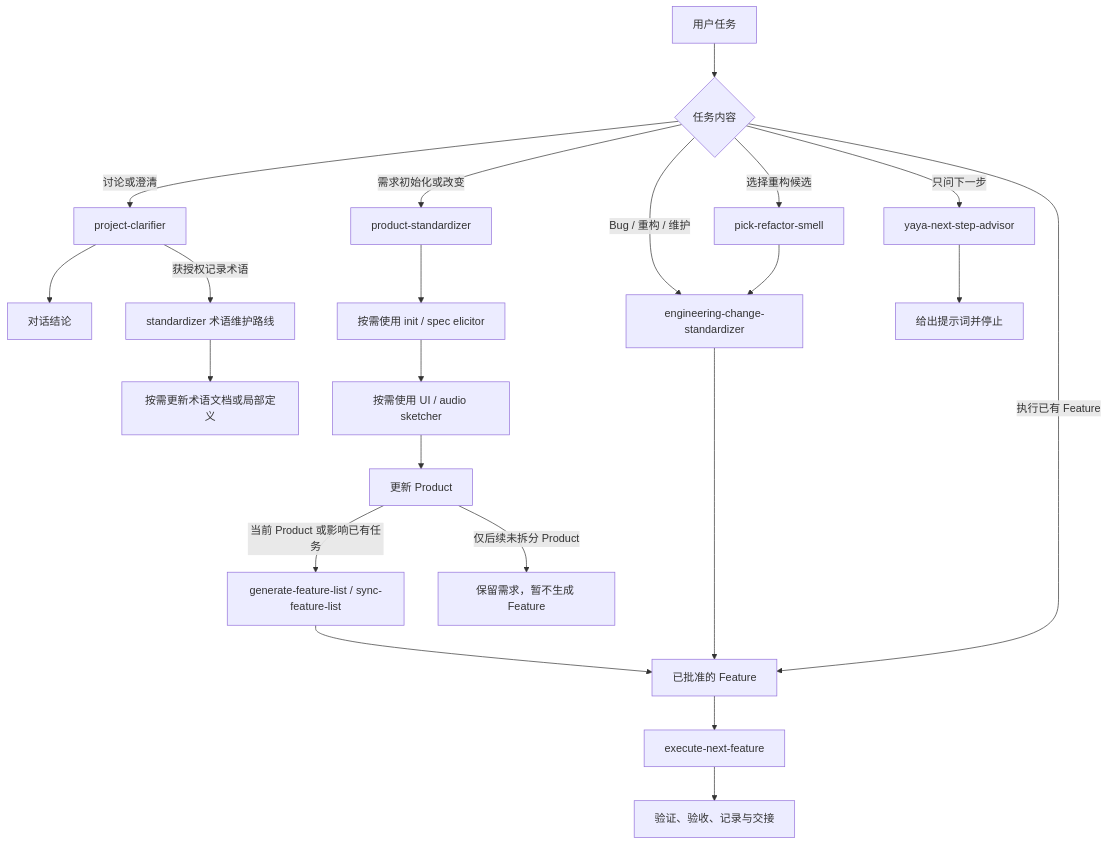
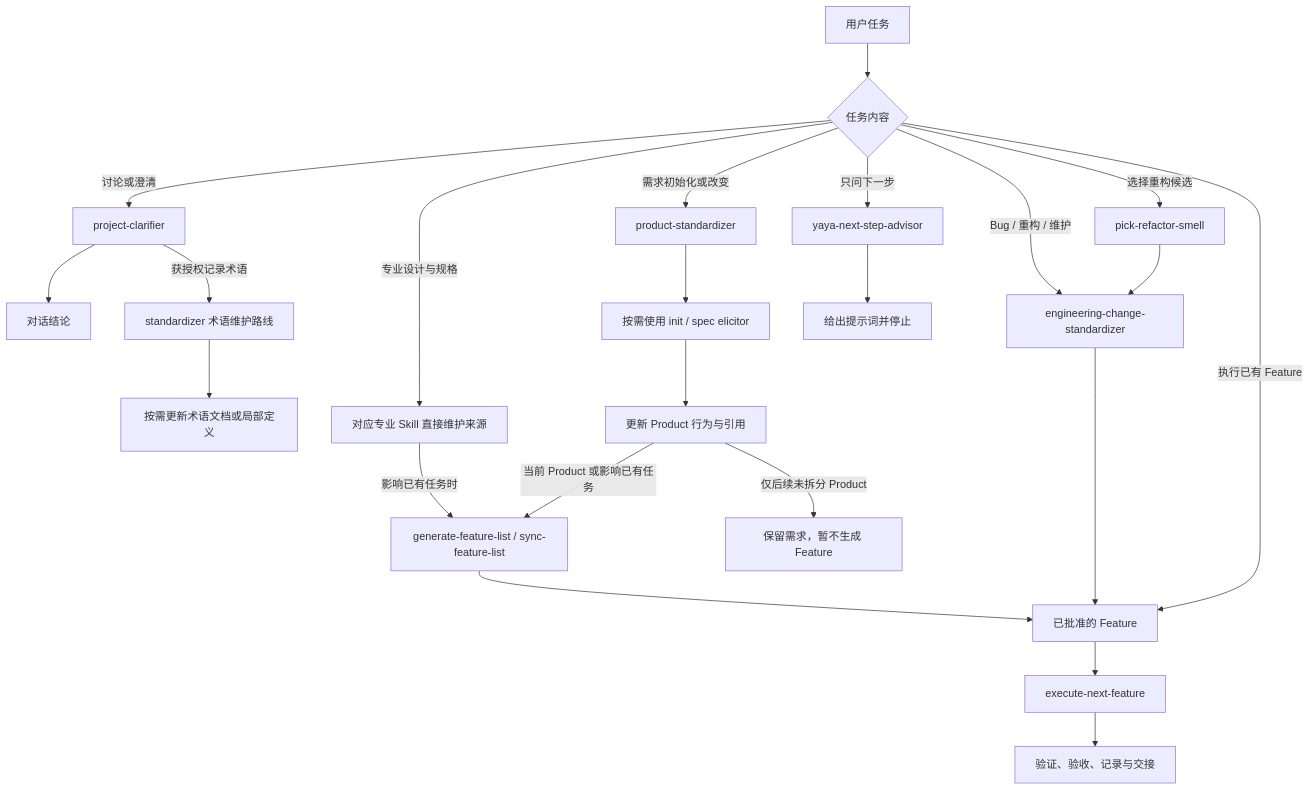
Before and after one commit to yxy823/Game_idle_yaya_frame: the first of 2 diagrams in project-source/Project_README.md, drawn with Mermaid. The commit also changed other lines of this file and 57 other files, not shown here.

````diff
--- a/project-source/Project_README.md
+++ b/project-source/Project_README.md
@@ -60,24 +66,25 @@
 ```mermaid
 flowchart TD
     U[用户任务] --> Q{任务内容}
     Q -->|讨论或澄清| C[project-clarifier]
     C --> O[对话结论]
     C -->|获授权记录术语| T[standardizer 术语维护路线]
     T --> K[按需更新术语文档或局部定义]
     Q -->|需求初始化或改变| P[product-standardizer]
     P --> I[按需使用 init / spec elicitor]
-    I --> V[按需使用 UI / audio sketcher]
-    V --> D[更新 Product]
+    I --> D[更新 Product 行为与引用]
+    Q -->|专业设计与规格| V[对应专业 Skill 直接维护来源]
+    V -->|影响已有任务时| L
     D -->|当前 Product 或影响已有任务| L[generate-feature-list / sync-feature-list]
     D -->|仅后续未拆分 Product| B[保留需求，暂不生成 Feature]
     Q -->|Bug / 重构 / 维护| E[engineering-change-standardizer]
     Q -->|选择重构候选| S[pick-refactor-smell]
     S --> E
     Q -->|只问下一步| A[yaya-next-step-advisor]
     A --> H[给出提示词并停止]
     L --> F[已批准的 Feature]
     E --> F
     Q -->|执行已有 Feature| F
     F --> X[execute-next-feature]
     X --> R[验证、验收、记录与交接]
 ```
````
